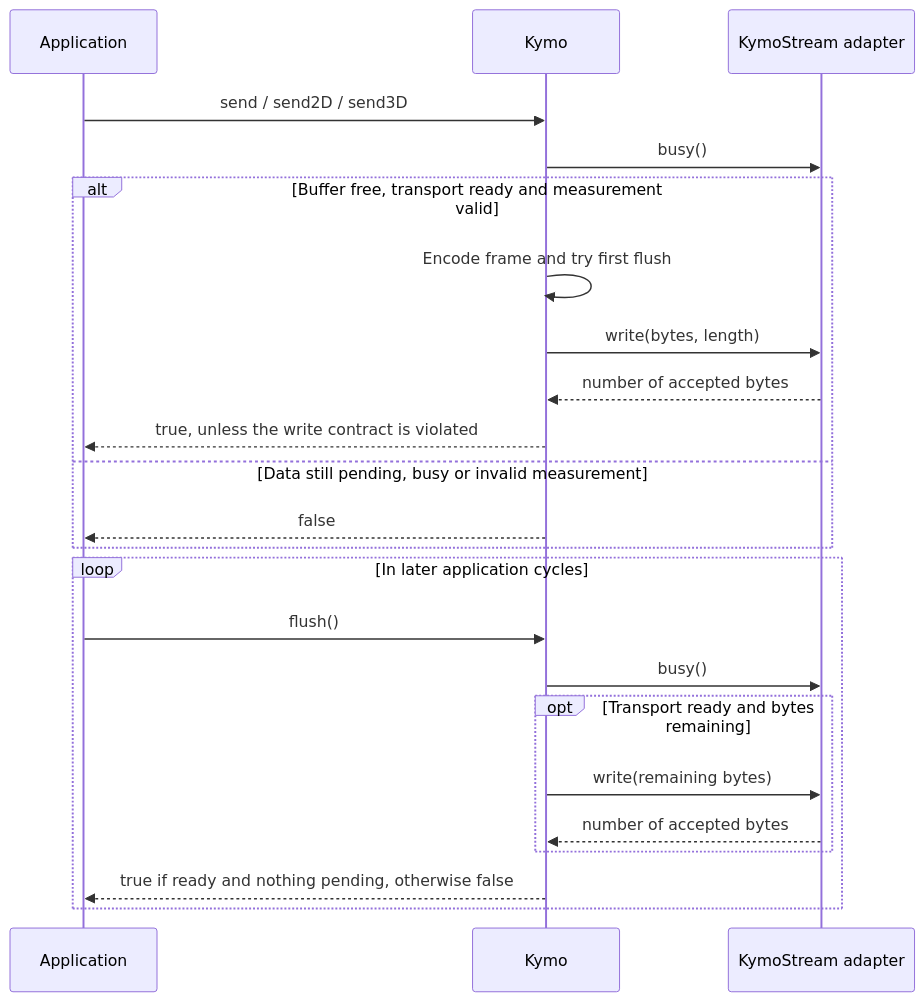
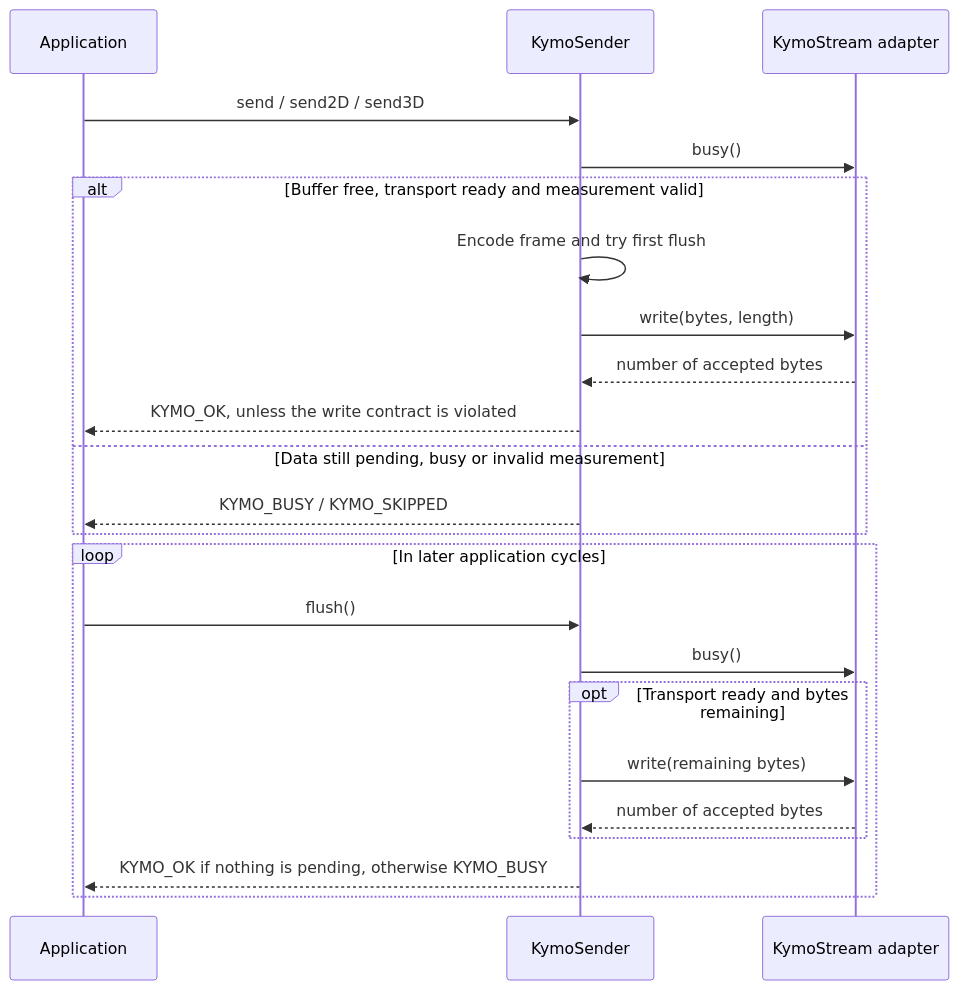
One commit to CodeName-666/kymoprobe changed the fifth of 5 diagrams in docs/MANUAL.md. Above: the diagram before and after it, drawn with Mermaid. The commit also changed other lines of this file and 156 other files, not shown here.

````diff
--- a/docs/MANUAL.md
+++ b/docs/MANUAL.md
@@ -319,25 +319,25 @@
 ```mermaid
 sequenceDiagram
     participant A as Application
-    participant P as Kymo
+    participant P as KymoSender
     participant S as KymoStream adapter
     A->>P: send / send2D / send3D
     P->>S: busy()
     alt Buffer free, transport ready and measurement valid
         P->>P: Encode frame and try first flush
         P->>S: write(bytes, length)
         S-->>P: number of accepted bytes
-        P-->>A: true, unless the write contract is violated
+        P-->>A: KYMO_OK, unless the write contract is violated
     else Data still pending, busy or invalid measurement
-        P-->>A: false
+        P-->>A: KYMO_BUSY / KYMO_SKIPPED
     end
     loop In later application cycles
         A->>P: flush()
         P->>S: busy()
         opt Transport ready and bytes remaining
             P->>S: write(remaining bytes)
             S-->>P: number of accepted bytes
         end
-        P-->>A: true if ready and nothing pending, otherwise false
+        P-->>A: KYMO_OK if nothing is pending, otherwise KYMO_BUSY
     end
 ```
````
